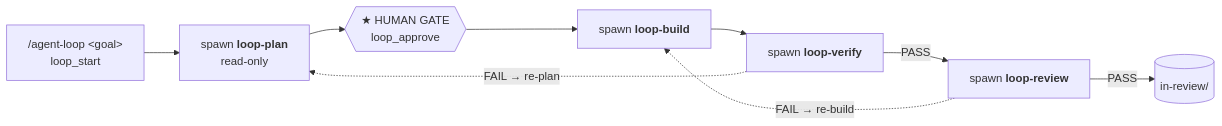
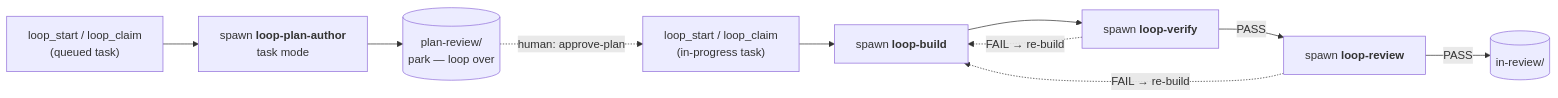
Before and after one commit to yenchang265-afk/agentic-workflow: the second of 2 diagrams in docs/architecture.md, drawn with Mermaid. The commit also changed other lines of this file and 10 other files, not shown here.

First line of the commit message:
docs: update READMEs, architecture, migration, and hooks for plan-in-loop

````diff
--- a/docs/architecture.md
+++ b/docs/architecture.md
@@ -89,11 +100,12 @@
 ```mermaid
 flowchart LR
-    start["/agent-loop &lt;goal&gt;<br/>loop_start"] --> plan["spawn <b>loop-plan</b><br/>read-only"]
-    plan --> gate{{"★ HUMAN GATE<br/>loop_approve"}}
-    gate --> build["spawn <b>loop-build</b>"]
+    startq["loop_start / loop_claim<br/>(queued task)"] --> plan["spawn <b>loop-plan-author</b><br/>task mode"]
+    plan --> park[("plan-review/<br/>park — loop over")]
+    park -.->|"human: approve-plan"| startb
+    startb["loop_start / loop_claim<br/>(in-progress task)"] --> build["spawn <b>loop-build</b>"]
     build --> verify["spawn <b>loop-verify</b>"]
     verify -->|"PASS"| review["spawn <b>loop-review</b>"]
-    verify -.->|"FAIL → re-plan"| plan
+    verify -.->|"FAIL → re-build"| build
     review -.->|"FAIL → re-build"| build
     review -->|"PASS"| done[("in-review/")]
 ```
````
